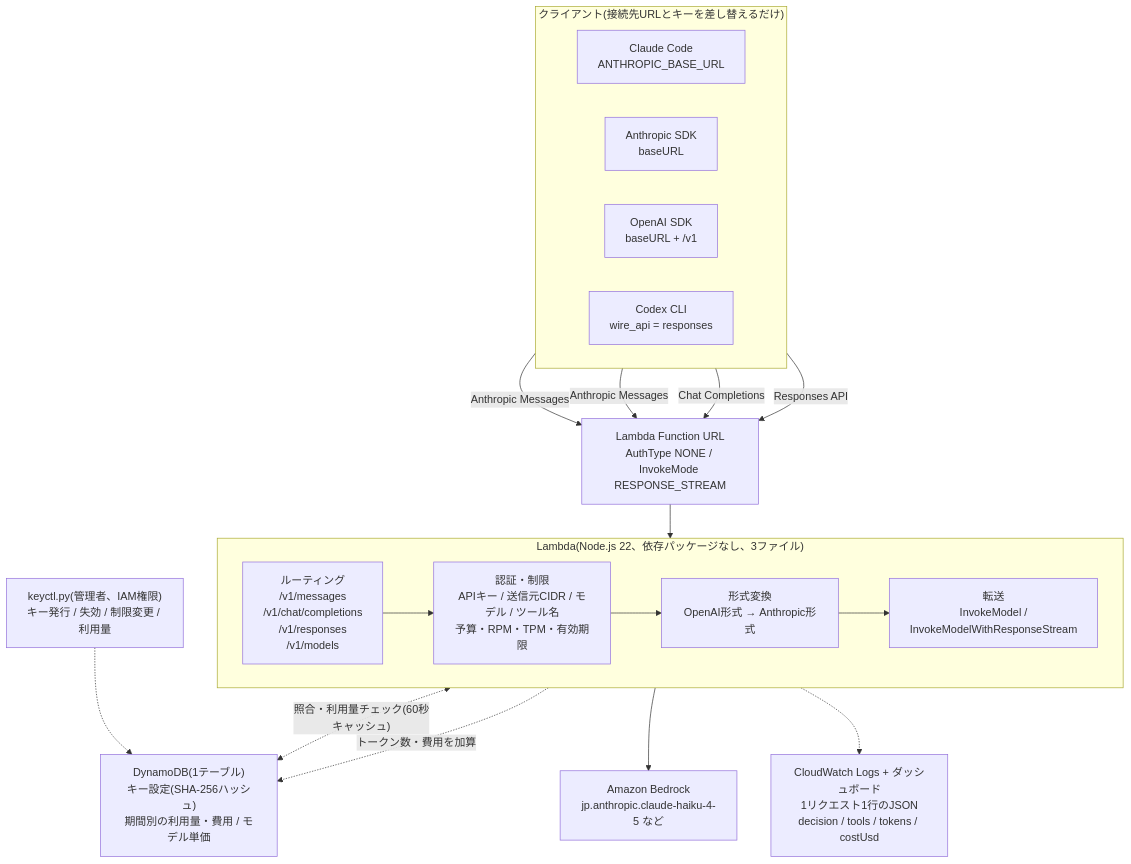
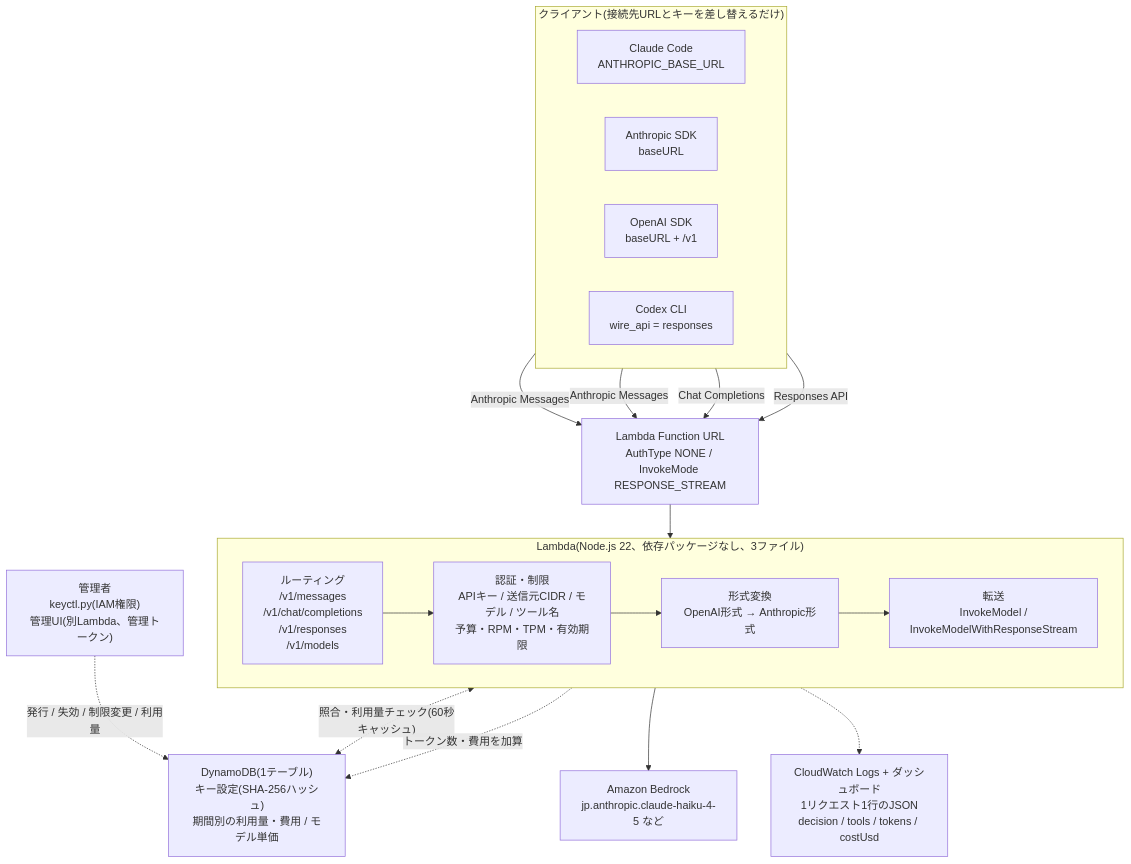
The diagram in docs/architecture.mmd (upgradeinc-c-m/simple-llm-proxy), drawn with Mermaid before and after one commit. The commit also changed 9 other files, not shown here.

```diff
--- a/docs/architecture.mmd
+++ b/docs/architecture.mmd
@@ -1,31 +1,31 @@
 flowchart TB
-    KC["keyctl.py(管理者、IAM権限)<br/>キー発行 / 失効 / 制限変更 / 利用量"]
+    KC["管理者<br/>keyctl.py(IAM権限)<br/>管理UI(別Lambda、管理トークン)"]
     subgraph Clients["クライアント(接続先URLとキーを差し替えるだけ)"]
         direction LR
         CC["Claude Code<br/>ANTHROPIC_BASE_URL"]
         AS["Anthropic SDK<br/>baseURL"]
         OS["OpenAI SDK<br/>baseURL + /v1"]
         CX["Codex CLI<br/>wire_api = responses"]
     end
     URL["Lambda Function URL<br/>AuthType NONE / InvokeMode RESPONSE_STREAM"]
     subgraph L["Lambda(Node.js 22、依存パッケージなし、3ファイル)"]
         direction LR
         R["ルーティング<br/>/v1/messages<br/>/v1/chat/completions<br/>/v1/responses<br/>/v1/models"]
         A["認証・制限<br/>APIキー / 送信元CIDR / モデル / ツール名<br/>予算・RPM・TPM・有効期限"]
         T["形式変換<br/>OpenAI形式 → Anthropic形式"]
         F["転送<br/>InvokeModel /<br/>InvokeModelWithResponseStream"]
         R --> A --> T --> F
     end
     DDB["DynamoDB(1テーブル)<br/>キー設定(SHA-256ハッシュ)<br/>期間別の利用量・費用 / モデル単価"]
     CW["CloudWatch Logs + ダッシュボード<br/>1リクエスト1行のJSON<br/>decision / tools / tokens / costUsd"]
     BR["Amazon Bedrock<br/>jp.anthropic.claude-haiku-4-5 など"]
     CC -->|"Anthropic Messages"| URL
     AS -->|"Anthropic Messages"| URL
     OS -->|"Chat Completions"| URL
     CX -->|"Responses API"| URL
     URL --> L
-    KC -.-> DDB
+    KC -.->|"発行 / 失効 / 制限変更 / 利用量"| DDB
     A <-.->|"照合・利用量チェック(60秒キャッシュ)"| DDB
     F -.->|"トークン数・費用を加算"| DDB
     F --> BR
     L -.-> CW
```
